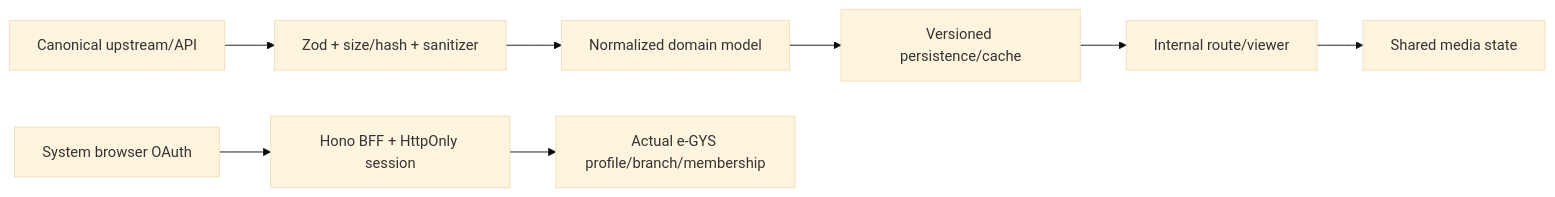
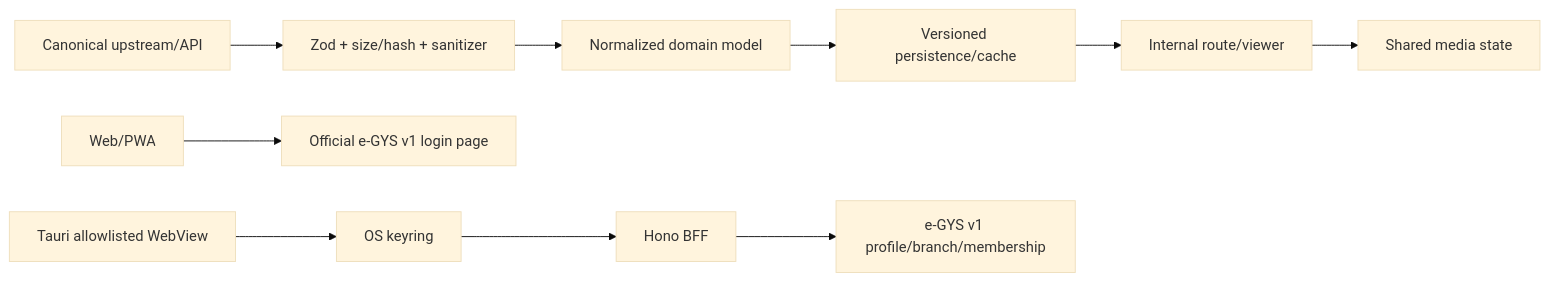
One commit to gyspnk/GYSApp-Tauri changed the third of 8 diagrams in README.md. Above: the diagram before and after it, drawn with Mermaid (base theme). The commit also changed other lines of this file and 77 other files, not shown here.

````diff
--- a/README.md
+++ b/README.md
@@ -78,10 +78,11 @@
 ```mermaid
 flowchart LR
   RAW["Canonical upstream/API"] --> VALIDATE["Zod + size/hash + sanitizer"]
   VALIDATE --> NORMALIZE["Normalized domain model"]
   NORMALIZE --> PERSIST["Versioned persistence/cache"]
   PERSIST --> UI["Internal route/viewer"]
   UI --> PLAYER["Shared media state"]
-  AUTH["System browser OAuth"] --> BFF["Hono BFF + HttpOnly session"]
-  BFF --> PROFILE["Actual e-GYS profile/branch/membership"]
+  WEB["Web/PWA"] --> LOGIN["Official e-GYS v1 login page"]
+  NATIVE["Tauri allowlisted WebView"] --> KEYRING["OS keyring"] --> BFF["Hono BFF"]
+  BFF --> PROFILE["e-GYS v1 profile/branch/membership"]
 ```
````
